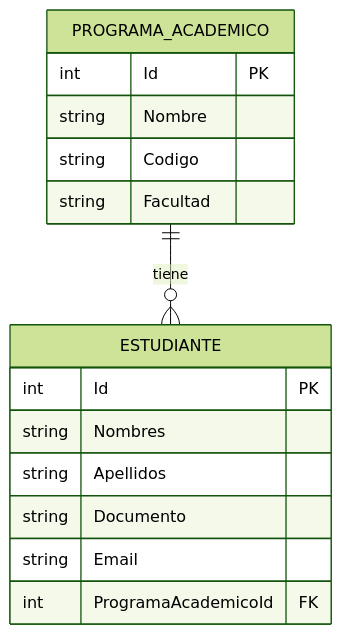
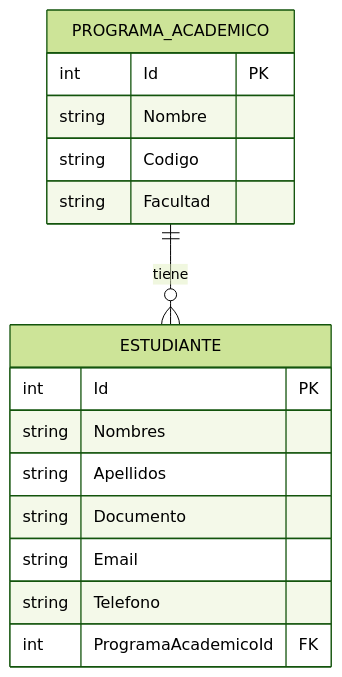
One commit to Felipex576/ProgramacionV changed the diagram in README.md. Above: the diagram before and after it, drawn with Mermaid (forest theme). The commit also changed 3 other files, not shown here.

````diff
--- a/README.md
+++ b/README.md
@@ -53,18 +53,19 @@
 ```mermaid
 erDiagram
     PROGRAMA_ACADEMICO ||--o{ ESTUDIANTE : "tiene"
     PROGRAMA_ACADEMICO {
         int Id PK
         string Nombre
         string Codigo
         string Facultad
     }
     ESTUDIANTE {
         int Id PK
         string Nombres
         string Apellidos
         string Documento
         string Email
+        string Telefono
         int ProgramaAcademicoId FK
     }
 ```
````
